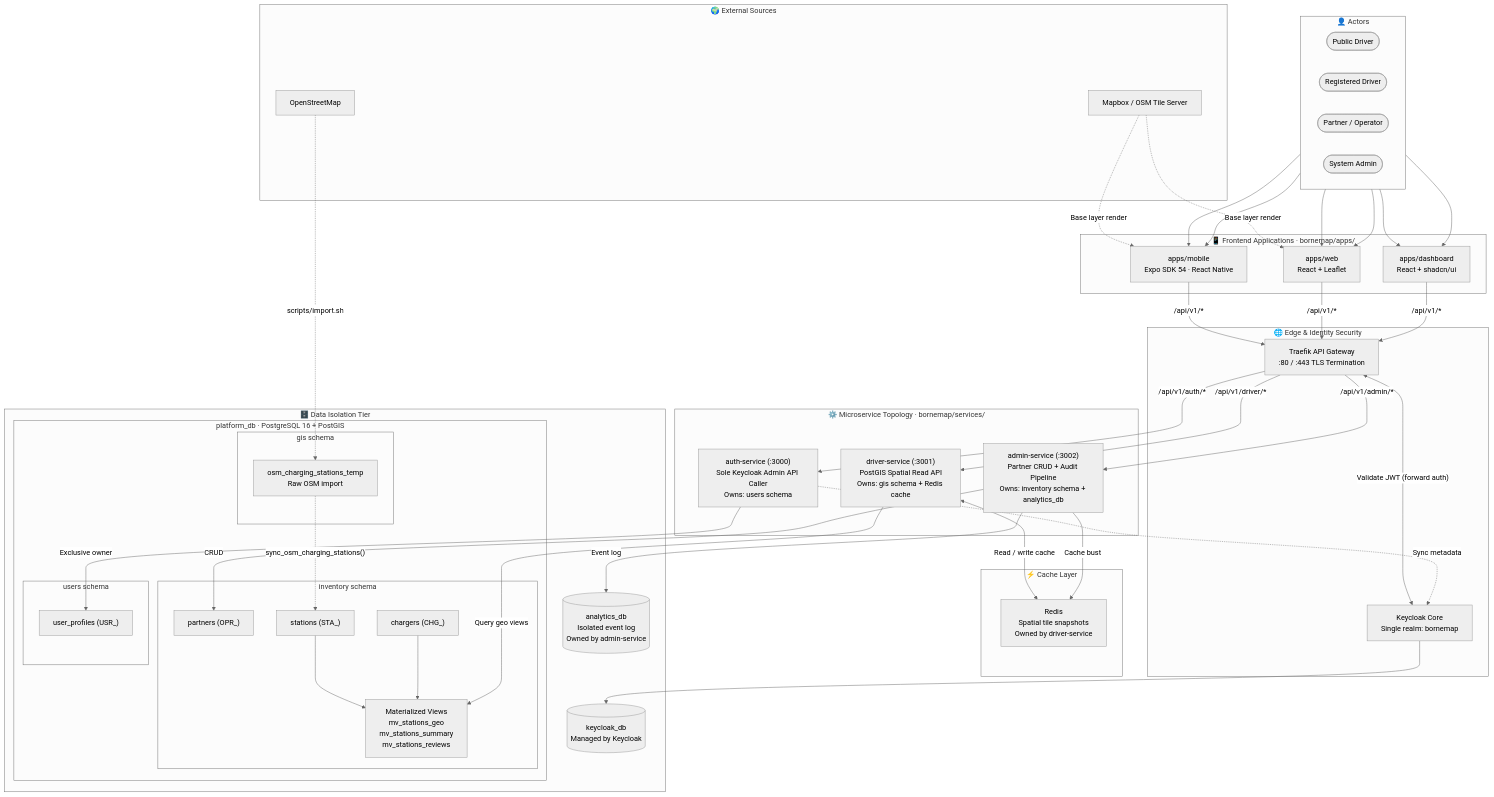
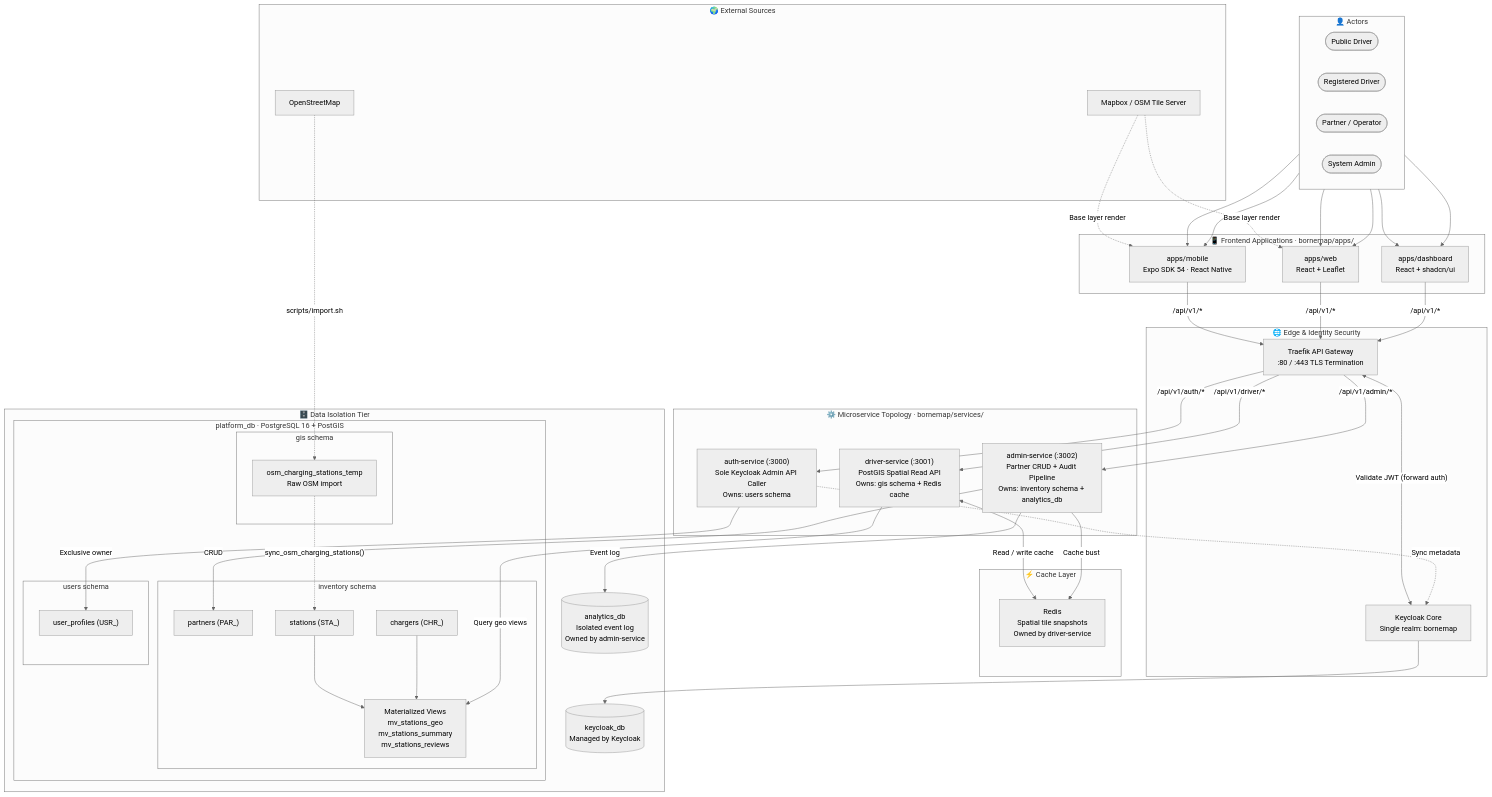
Before and after one commit to mezni/utils: the diagram in docs/architecture.md, drawn with Mermaid (neutral theme). The commit also changed 5 other files, not shown here.

Commit message:
sprint-001: update entity prefixes (OPR→PAR, CHG→CHR, +CON), full inventory schema, update speckit + intelligence reports

```diff
--- a/docs/architecture.md
+++ b/docs/architecture.md
@@ -46,9 +46,9 @@
         OSM_REF["osm_charging_stations_temp\nRaw OSM import"]
       end
       subgraph INV["inventory schema"]
-        PARTNER["partners (OPR_)"]
+        PARTNER["partners (PAR_)"]
         STATION["stations (STA_)"]
-        CHARGER["chargers (CHG_)"]
+        CHARGER["chargers (CHR_)"]
         MVIEWS["Materialized Views\nmv_stations_geo\nmv_stations_summary\nmv_stations_reviews"]
         STATION & CHARGER --> MVIEWS
       end
```
